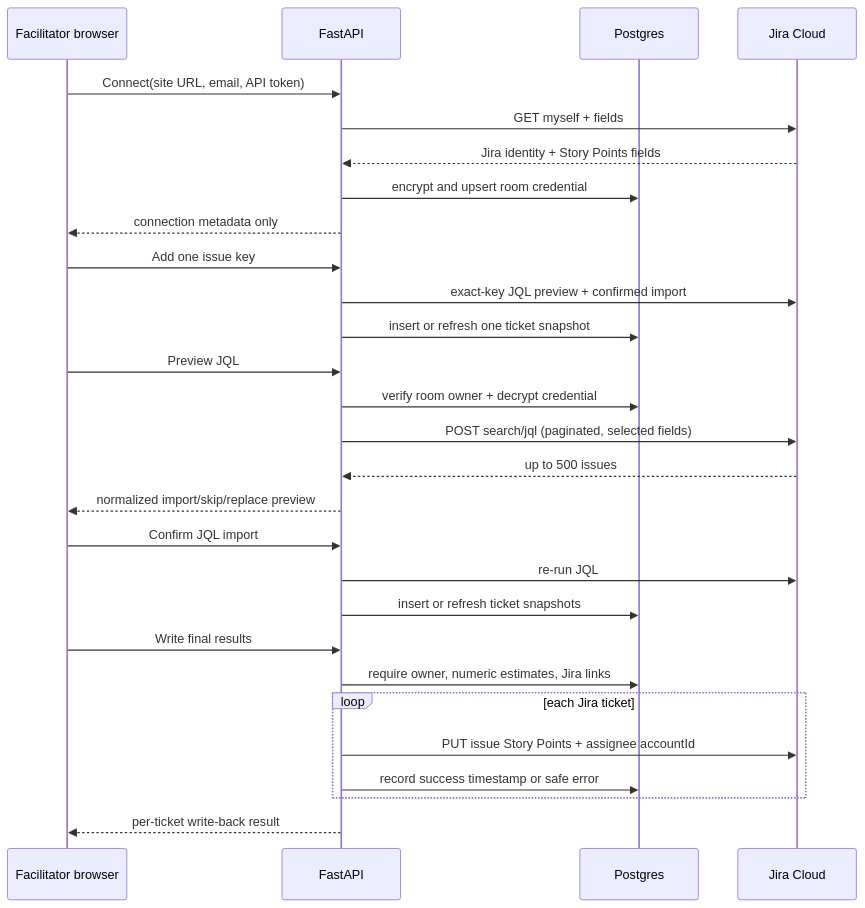
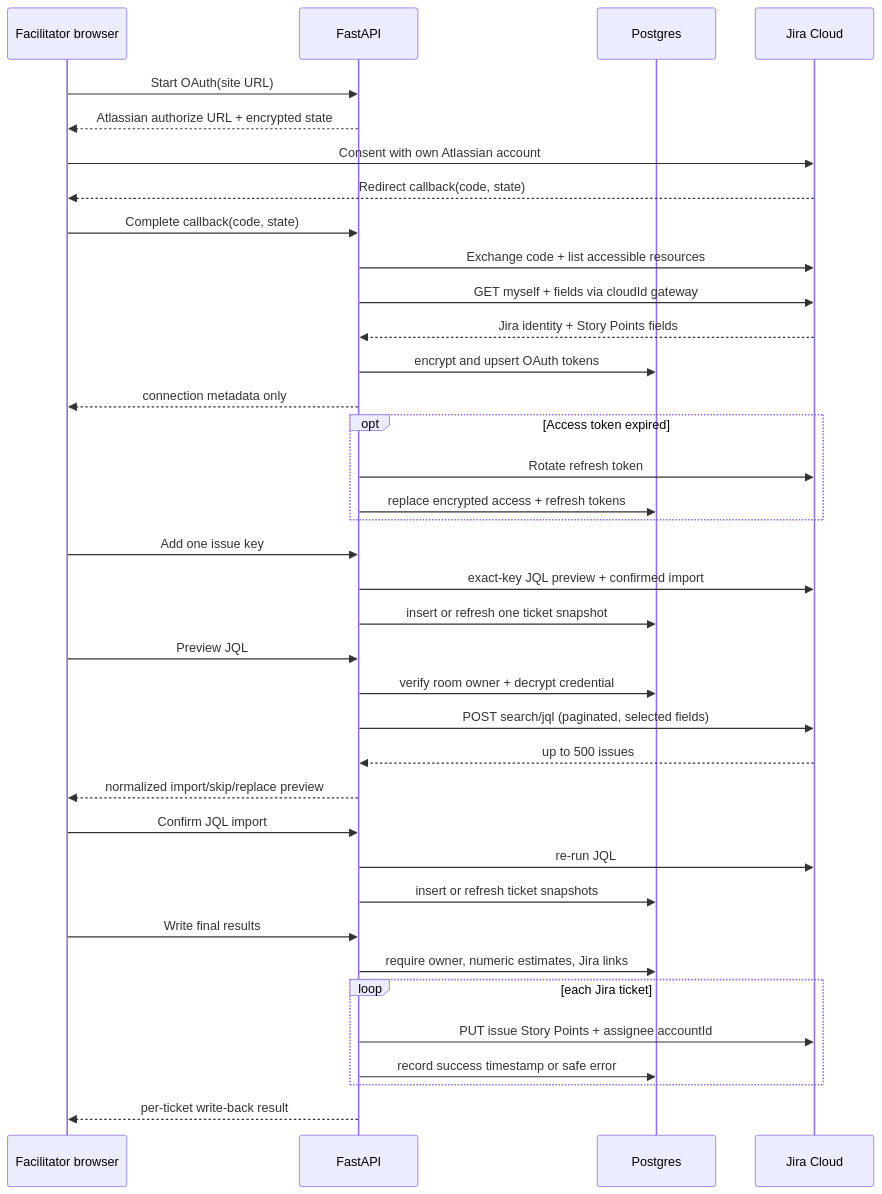
The fifth of 7 diagrams in ARCHITECTURE.md (tomekpilat/tickettalk.io), drawn with Mermaid before and after one commit. The commit also changed other lines of this file and 29 other files, not shown here.

````diff
--- a/ARCHITECTURE.md
+++ b/ARCHITECTURE.md
@@ -272,34 +276,44 @@
 ```mermaid
 sequenceDiagram
     participant F as Facilitator browser
     participant API as FastAPI
     participant DB as Postgres
     participant J as Jira Cloud
 
-    F->>API: Connect(site URL, email, API token)
-    API->>J: GET myself + fields
+    F->>API: Start OAuth(site URL)
+    API-->>F: Atlassian authorize URL + encrypted state
+    F->>J: Consent with own Atlassian account
+    J-->>F: Redirect callback(code, state)
+    F->>API: Complete callback(code, state)
+    API->>J: Exchange code + list accessible resources
+    API->>J: GET myself + fields via cloudId gateway
     J-->>API: Jira identity + Story Points fields
-    API->>DB: encrypt and upsert room credential
+    API->>DB: encrypt and upsert OAuth tokens
     API-->>F: connection metadata only
+
+    opt Access token expired
+        API->>J: Rotate refresh token
+        API->>DB: replace encrypted access + refresh tokens
+    end
 
     F->>API: Add one issue key
     API->>J: exact-key JQL preview + confirmed import
     API->>DB: insert or refresh one ticket snapshot
 
     F->>API: Preview JQL
     API->>DB: verify room owner + decrypt credential
     API->>J: POST search/jql (paginated, selected fields)
     J-->>API: up to 500 issues
     API-->>F: normalized import/skip/replace preview
     F->>API: Confirm JQL import
     API->>J: re-run JQL
     API->>DB: insert or refresh ticket snapshots
 
     F->>API: Write final results
     API->>DB: require owner, numeric estimates, Jira links
     loop each Jira ticket
         API->>J: PUT issue Story Points + assignee accountId
         API->>DB: record success timestamp or safe error
     end
     API-->>F: per-ticket write-back result
 ```
````
